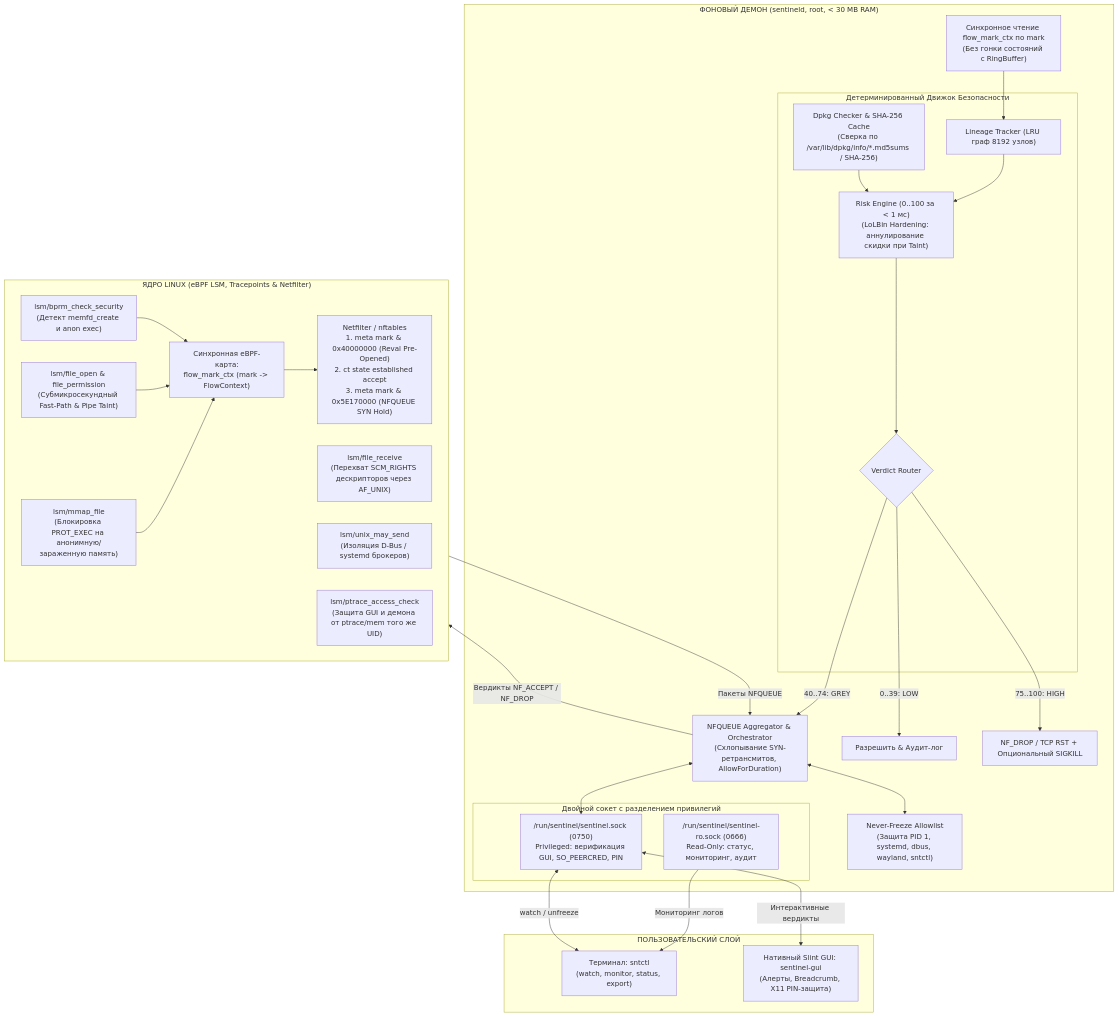
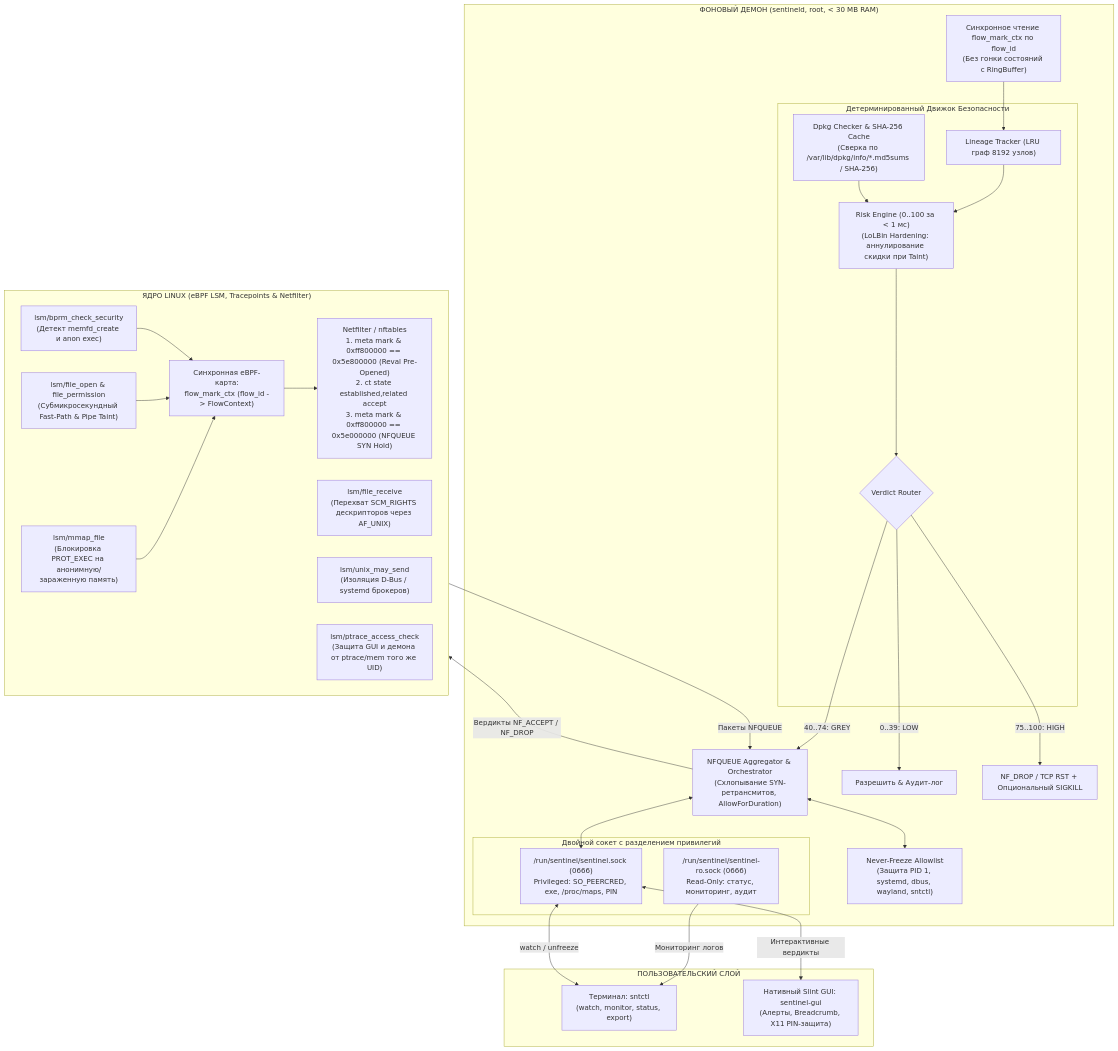
Before and after one commit to woifik560/sentinel-rs: the diagram in README.md, drawn with Mermaid. The commit also changed other lines of this file and 9 other files, not shown here.

````diff
--- a/README.md
+++ b/README.md
@@ -83,61 +97,61 @@
 ```mermaid
 flowchart TD
     subgraph Kernel["ЯДРО LINUX (eBPF LSM, Tracepoints & Netfilter)"]
         LSM_BPRM["lsm/bprm_check_security<br/>(Детект memfd_create и anon exec)"]
         LSM_FILE["lsm/file_open & file_permission<br/>(Субмикросекундный Fast-Path & Pipe Taint)"]
         LSM_MMAP["lsm/mmap_file<br/>(Блокировка PROT_EXEC на анонимную/зараженную память)"]
         LSM_RECV["lsm/file_receive<br/>(Перехват SCM_RIGHTS дескрипторов через AF_UNIX)"]
         LSM_UNIX["lsm/unix_may_send<br/>(Изоляция D-Bus / systemd брокеров)"]
         LSM_PTRACE["lsm/ptrace_access_check<br/>(Защита GUI и демона от ptrace/mem того же UID)"]
         
-        DYNAMIC_MARK["Синхронная eBPF-карта:<br/>flow_mark_ctx (mark -> FlowContext)"]
-        NFQUEUE_HOOK["Netfilter / nftables<br/>1. meta mark & 0x40000000 (Reval Pre-Opened)<br/>2. ct state established accept<br/>3. meta mark & 0x5E170000 (NFQUEUE SYN Hold)"]
+        DYNAMIC_MARK["Синхронная eBPF-карта:<br/>flow_mark_ctx (flow_id -> FlowContext)"]
+        NFQUEUE_HOOK["Netfilter / nftables<br/>1. meta mark & 0xff800000 == 0x5e800000 (Reval Pre-Opened)<br/>2. ct state established,related accept<br/>3. meta mark & 0xff800000 == 0x5e000000 (NFQUEUE SYN Hold)"]
         
         LSM_BPRM --> DYNAMIC_MARK
         LSM_FILE --> DYNAMIC_MARK
         LSM_MMAP --> DYNAMIC_MARK
         DYNAMIC_MARK --> NFQUEUE_HOOK
     end
 
     subgraph Daemon["ФОНОВЫЙ ДЕМОН (sentineld, root, < 30 MB RAM)"]
-        MAP_READER["Синхронное чтение flow_mark_ctx по mark<br/>(Без гонки состояний с RingBuffer)"]
+        MAP_READER["Синхронное чтение flow_mark_ctx по flow_id<br/>(Без гонки состояний с RingBuffer)"]
         
         subgraph Engine["Детерминированный Движок Безопасности"]
             LINEAGE["Lineage Tracker (LRU граф 8192 узлов)"]
             DPKG["Dpkg Checker & SHA-256 Cache<br/>(Сверка по /var/lib/dpkg/info/*.md5sums / SHA-256)"]
             RISK["Risk Engine (0..100 за < 1 мс)<br/>(LoLBin Hardening: аннулирование скидки при Taint)"]
             ROUTER{"Verdict Router"}
         end
 
         NF_MGR["NFQUEUE Aggregator & Orchestrator<br/>(Схлопывание SYN-ретрансмитов, AllowForDuration)"]
         SAFETY["Never-Freeze Allowlist<br/>(Защита PID 1, systemd, dbus, wayland, sntctl)"]
         
         subgraph Sockets["Двойной сокет с разделением привилегий"]
             RO_SOCK["/run/sentinel/sentinel-ro.sock (0666)<br/>Read-Only: статус, мониторинг, аудит"]
-            MGMT_SOCK["/run/sentinel/sentinel.sock (0750)<br/>Privileged: верификация GUI, SO_PEERCRED, PIN"]
+            MGMT_SOCK["/run/sentinel/sentinel.sock (0666)<br/>Privileged: SO_PEERCRED, exe, /proc/maps, PIN"]
         end
 
         MAP_READER --> LINEAGE
         LINEAGE --> RISK
         DPKG --> RISK
         RISK --> ROUTER
         
         ROUTER -->|0..39: LOW| ALLOW["Разрешить & Аудит-лог"]
         ROUTER -->|40..74: GREY| NF_MGR
         ROUTER -->|75..100: HIGH| BLOCK["NF_DROP / TCP RST + Опциональный SIGKILL"]
         
         NF_MGR <--> SAFETY
         NF_MGR <--> MGMT_SOCK
     end
 
     subgraph Clients["ПОЛЬЗОВАТЕЛЬСКИЙ СЛОЙ"]
         CLI["Терминал: sntctl<br/>(watch, monitor, status, export)"]
         GUI["Нативный Slint GUI: sentinel-gui<br/>(Алерты, Breadcrumb, X11 PIN-защита)"]
     end
 
     Kernel -->|Пакеты NFQUEUE| NF_MGR
     NF_MGR -->|Вердикты NF_ACCEPT / NF_DROP| Kernel
     RO_SOCK -->|Мониторинг логов| CLI
     MGMT_SOCK <-->|Интерактивные вердикты| GUI
     MGMT_SOCK <-->|watch / unfreeze| CLI
 ```
````
